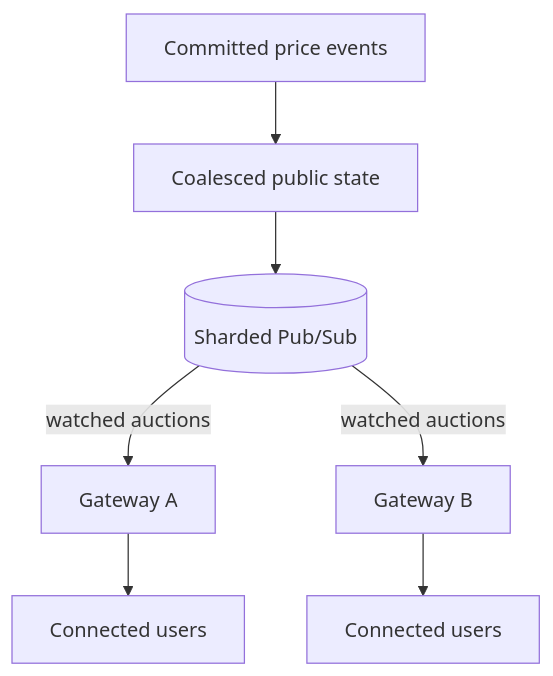
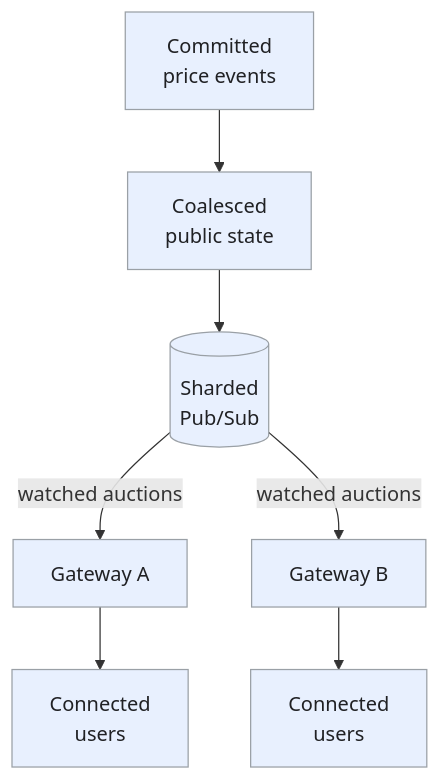
One commit to iliazlobin/iliazlobin.github.io changed the fifth of 6 diagrams in _designs/online-auction.md. Above: the diagram before and after it, drawn with Mermaid. The commit also changed other lines of this file and 131 other files, not shown here.

````diff
--- a/_designs/online-auction.md
+++ b/_designs/online-auction.md
@@ -237,9 +321,13 @@
 ```mermaid
 flowchart TB
-  F[Committed price events] --> B[Coalesced public state]
-  B --> P[(Sharded Pub/Sub)]
-  P -->|watched auctions| A[Gateway A]
-  P -->|watched auctions| C[Gateway B]
-  A --> UA[Connected users]
-  C --> UB[Connected users]
+  F["Committed<br>price events"] --> B["Coalesced<br>public state"]
+  B --> P[("Sharded<br>Pub/Sub")]
+  P -->|watched auctions| A["Gateway A"]
+  P -->|watched auctions| C["Gateway B"]
+  A --> UA["Connected<br>users"]
+  C --> UB["Connected<br>users"]
+  classDef request fill:#e8f0fe,stroke:#9aa0a6,color:#202124,stroke-width:1px
+  classDef background fill:#e6f4ea,stroke:#9aa0a6,color:#202124,stroke-width:1px
+  classDef control fill:#fef7e0,stroke:#9aa0a6,color:#202124,stroke-width:1px
+  class F,B,P,A,C,UA,UB request
 ```
````
